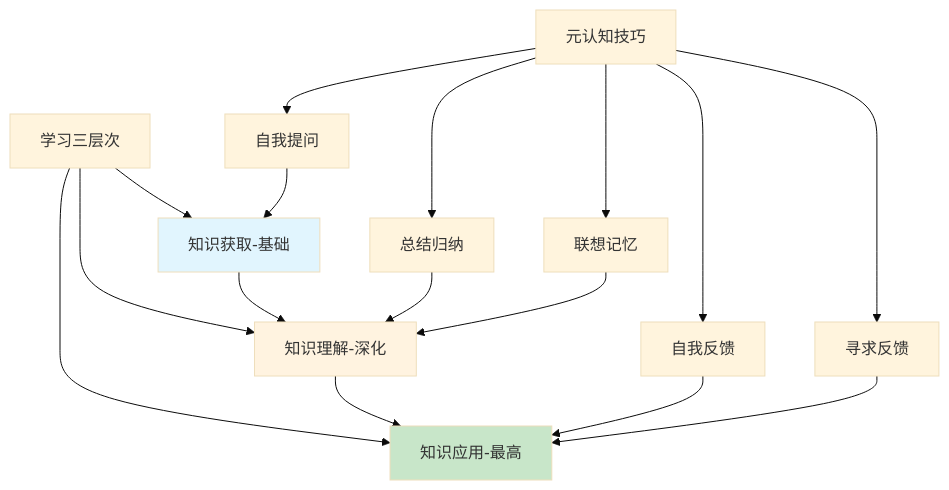
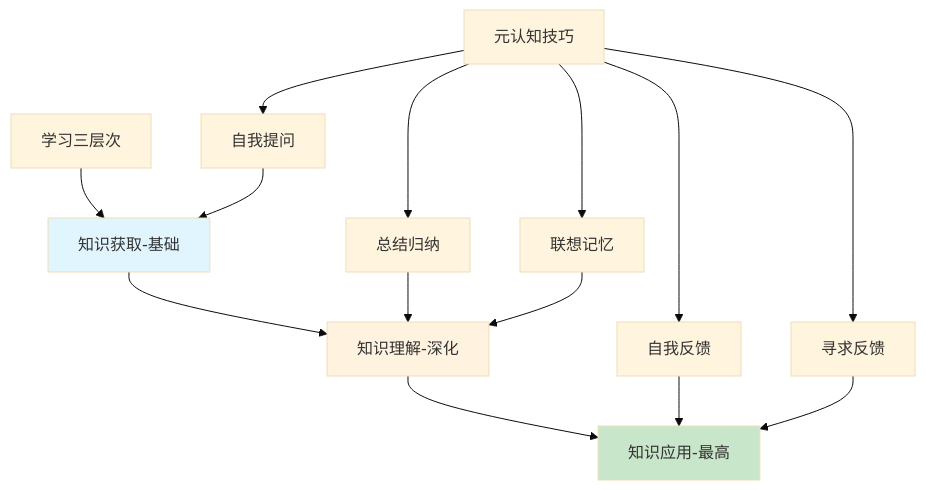
Before and after one commit to chongyang211/YCBookBlog: the second of 6 diagrams in 10.自我进阶提升书/02.信息筛选和体系/2.3构建知识的体系.md, drawn with Mermaid (base theme). The commit also changed other lines of this file and 28 other files, not shown here.

````diff
--- a/10.自我进阶提升书/02.信息筛选和体系/2.3构建知识的体系.md
+++ b/10.自我进阶提升书/02.信息筛选和体系/2.3构建知识的体系.md
@@ -93,25 +91,22 @@
 ```mermaid
 graph TD
     A[元认知技巧] --> B[自我提问]
     A --> C[总结归纳]
     A --> D[联想记忆]
     A --> E[自我反馈]
     A --> F[寻求反馈]
     
     G[学习三层次] --> H[知识获取-基础]
-    G --> I[知识理解-深化]
-    G --> J[知识应用-最高]
-    
-    H --> I
-    I --> J
+    H --> I[知识理解-深化]
+    I --> J[知识应用-最高]
     
     B --> H
     C --> I
     D --> I
     E --> J
     F --> J
     
     style H fill:#e1f5fe
     style I fill:#fff3e0
     style J fill:#c8e6c9
 ```
````
